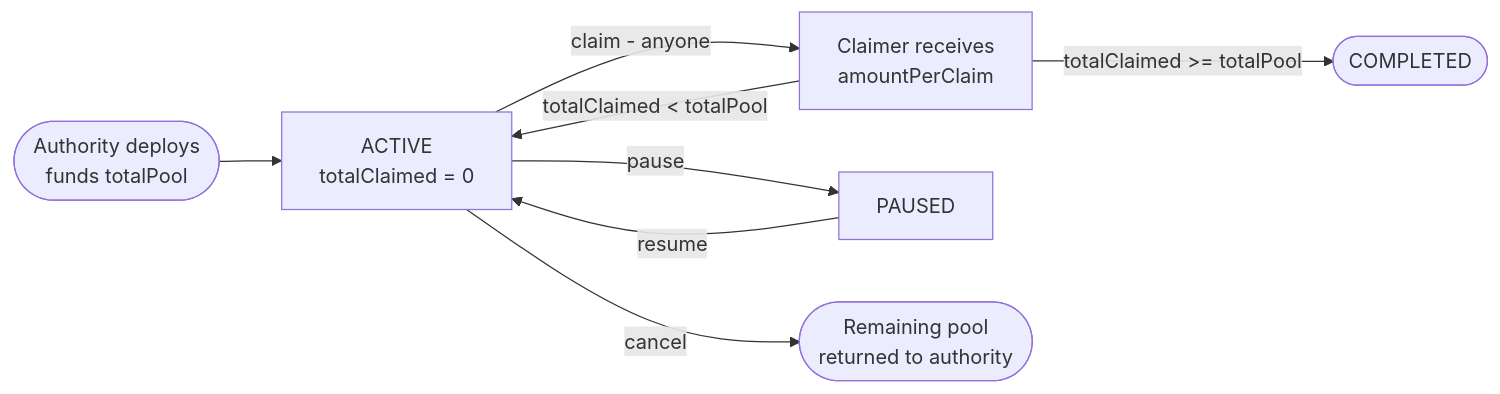
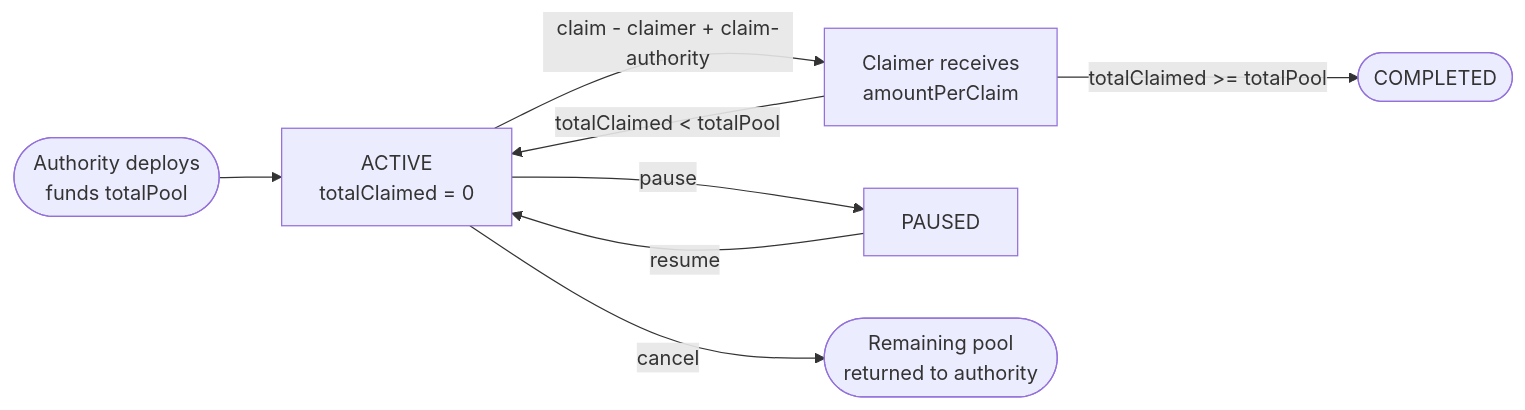
One commit to flowguardlabs/flow-guard changed the diagram in docs/concepts/airdrops.mdx. Above: the diagram before and after it, drawn with Mermaid. The commit also changed other lines of this file and 5 other files, not shown here.

````diff
--- a/docs/concepts/airdrops.mdx
+++ b/docs/concepts/airdrops.mdx
@@ -17,10 +17,10 @@
 ```mermaid
 flowchart LR
     A([Authority deploys\nfunds totalPool]) --> B[ACTIVE\ntotalClaimed = 0]
-    B  -->|claim - anyone| C[Claimer receives\namountPerClaim]
+    B  -->|claim - claimer + claim-authority| C[Claimer receives\namountPerClaim]
     C  -->|totalClaimed < totalPool| B
     C  -->|totalClaimed >= totalPool| D([COMPLETED])
     B  -->|pause| E[PAUSED]
     E  -->|resume| B
     B  -->|cancel| F([Remaining pool\nreturned to authority])
 ```
````
